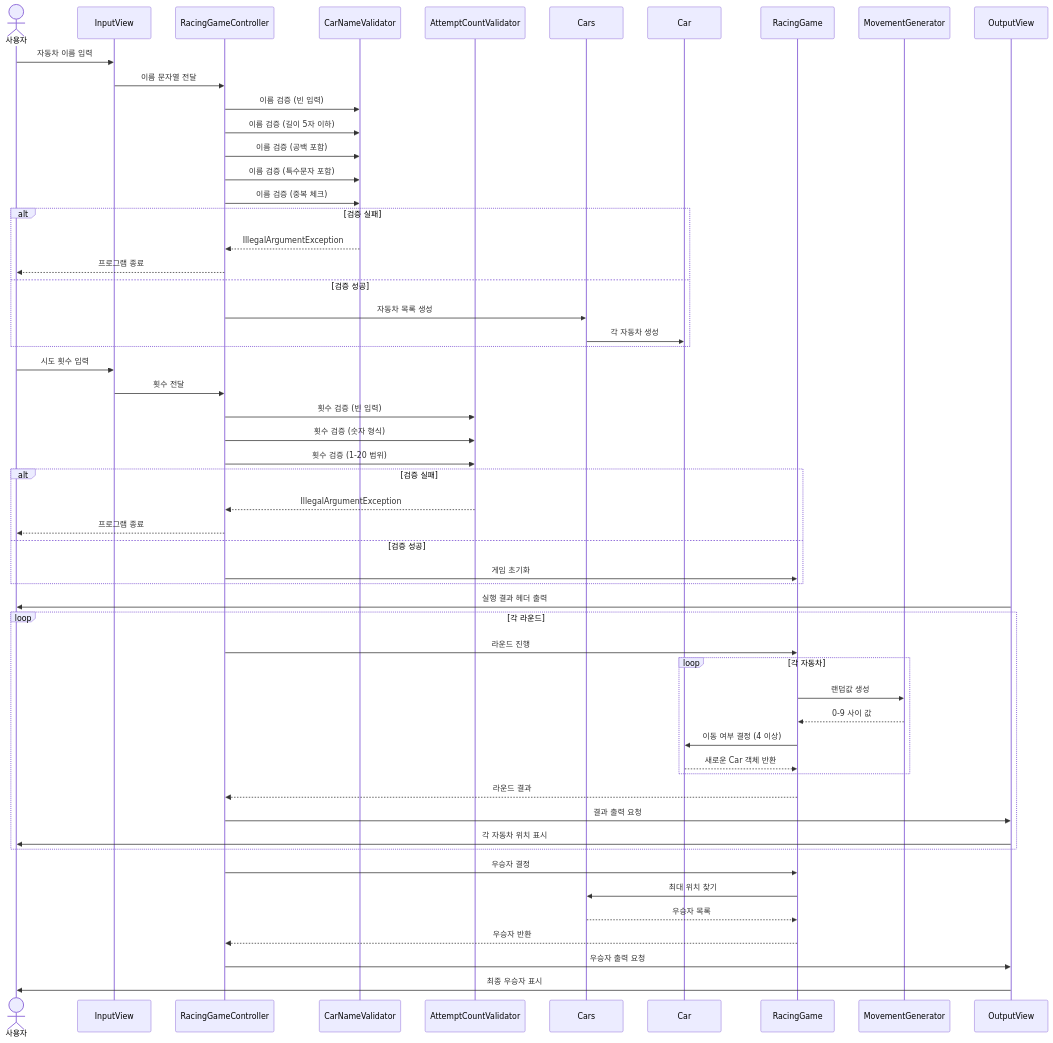
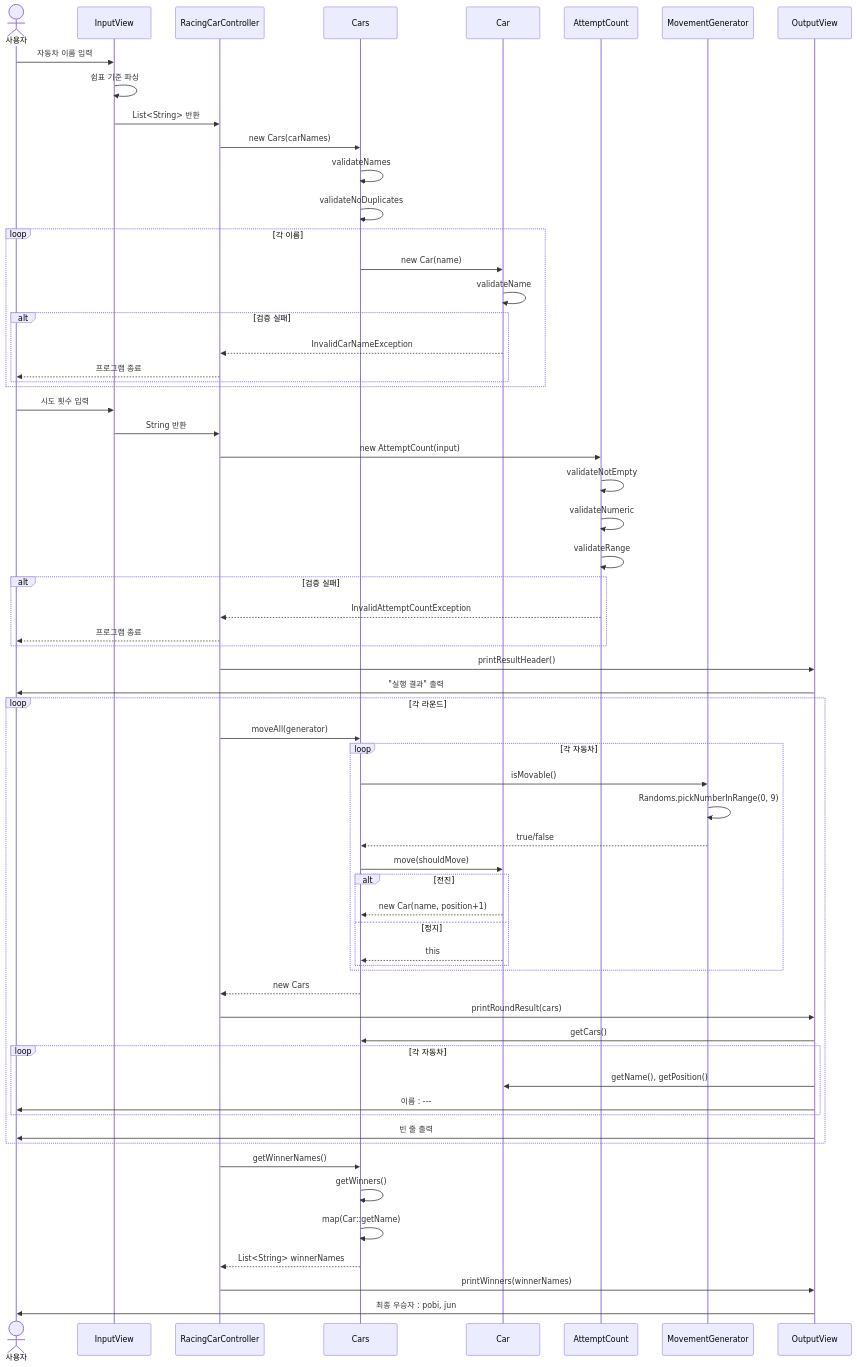
The second of 5 diagrams in README.md (luminox93/java-racingcar-8), drawn with Mermaid before and after one commit. The commit also changed other lines of this file, not shown here.

````diff
--- a/README.md
+++ b/README.md
@@ -194,66 +235,79 @@
 ```mermaid
 sequenceDiagram
     actor User as 사용자
     participant InputView as InputView
-    participant Controller as RacingGameController
-    participant NameValidator as CarNameValidator
-    participant CountValidator as AttemptCountValidator
+    participant Controller as RacingCarController
     participant Cars as Cars
     participant Car as Car
-    participant Game as RacingGame
+    participant AttemptCount as AttemptCount
     participant Generator as MovementGenerator
     participant OutputView as OutputView
 
     User->>InputView: 자동차 이름 입력
-    InputView->>Controller: 이름 문자열 전달
+    InputView->>InputView: 쉼표 기준 파싱
+    InputView->>Controller: List<String> 반환
 
-    Controller->>NameValidator: 이름 검증 (빈 입력)
-    Controller->>NameValidator: 이름 검증 (길이 5자 이하)
-    Controller->>NameValidator: 이름 검증 (공백 포함)
-    Controller->>NameValidator: 이름 검증 (특수문자 포함)
-    Controller->>NameValidator: 이름 검증 (중복 체크)
+    Controller->>Cars: new Cars(carNames)
+    Cars->>Cars: validateNames
+    Cars->>Cars: validateNoDuplicates
 
-    alt 검증 실패
-        NameValidator-->>Controller: IllegalArgumentException
-        Controller-->>User: 프로그램 종료
-    else 검증 성공
-        Controller->>Cars: 자동차 목록 생성
-        Cars->>Car: 각 자동차 생성
+    loop 각 이름
+        Cars->>Car: new Car(name)
+        Car->>Car: validateName
+        alt 검증 실패
+            Car-->>Controller: InvalidCarNameException
+            Controller-->>User: 프로그램 종료
+        end
     end
 
     User->>InputView: 시도 횟수 입력
-    InputView->>Controller: 횟수 전달
+    InputView->>Controller: String 반환
 
-    Controller->>CountValidator: 횟수 검증 (빈 입력)
-    Controller->>CountValidator: 횟수 검증 (숫자 형식)
-    Controller->>CountValidator: 횟수 검증 (1-20 범위)
+    Controller->>AttemptCount: new AttemptCount(input)
+    AttemptCount->>AttemptCount: validateNotEmpty
+    AttemptCount->>AttemptCount: validateNumeric
+    AttemptCount->>AttemptCount: validateRange
 
     alt 검증 실패
-        CountValidator-->>Controller: IllegalArgumentException
+        AttemptCount-->>Controller: InvalidAttemptCountException
         Controller-->>User: 프로그램 종료
-    else 검증 성공
-        Controller->>Game: 게임 초기화
     end
 
-    OutputView->>User: 실행 결과 헤더 출력
+    Controller->>OutputView: printResultHeader()
+    OutputView->>User: "실행 결과" 출력
 
     loop 각 라운드
-        Controller->>Game: 라운드 진행
+        Controller->>Cars: moveAll(generator)
+
         loop 각 자동차
-            Game->>Generator: 랜덤값 생성
-            Generator-->>Game: 0-9 사이 값
-            Game->>Car: 이동 여부 결정 (4 이상)
-            Car-->>Game: 새로운 Car 객체 반환
+            Cars->>Generator: isMovable()
+            Generator->>Generator: Randoms.pickNumberInRange(0, 9)
+            Generator-->>Cars: true/false
+            Cars->>Car: move(shouldMove)
+
+            alt 전진
+                Car-->>Cars: new Car(name, position+1)
+            else 정지
+                Car-->>Cars: this
+            end
         end
-        Game-->>Controller: 라운드 결과
-        Controller->>OutputView: 결과 출력 요청
-        OutputView->>User: 각 자동차 위치 표시
+
+        Cars-->>Controller: new Cars
+        Controller->>OutputView: printRoundResult(cars)
+        OutputView->>Cars: getCars()
+
+        loop 각 자동차
+            OutputView->>Car: getName(), getPosition()
+            OutputView->>User: 이름 : ---
+        end
+        OutputView->>User: 빈 줄 출력
     end
 
-    Controller->>Game: 우승자 결정
-    Game->>Cars: 최대 위치 찾기
-    Cars-->>Game: 우승자 목록
-    Game-->>Controller: 우승자 반환
-    Controller->>OutputView: 우승자 출력 요청
-    OutputView->>User: 최종 우승자 표시
+    Controller->>Cars: getWinnerNames()
+    Cars->>Cars: getWinners()
+    Cars->>Cars: map(Car::getName)
+    Cars-->>Controller: List<String> winnerNames
+
+    Controller->>OutputView: printWinners(winnerNames)
+    OutputView->>User: 최종 우승자 : pobi, jun
 ```
````
